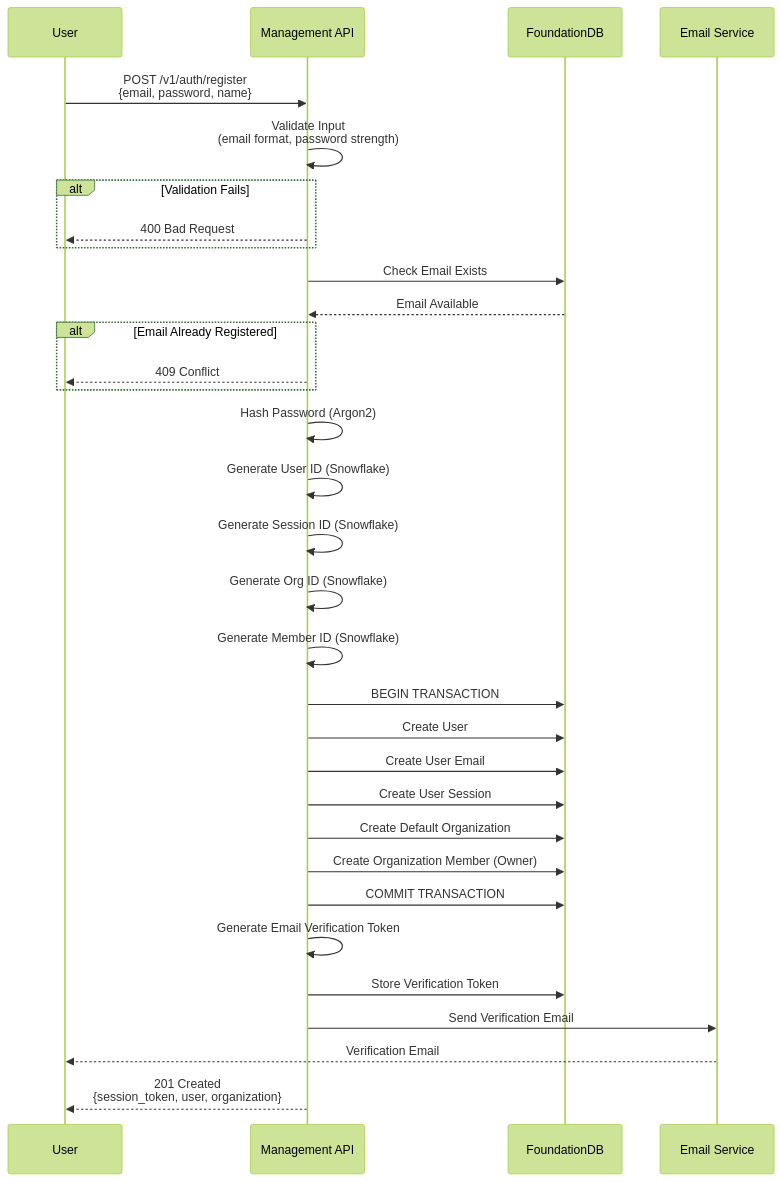
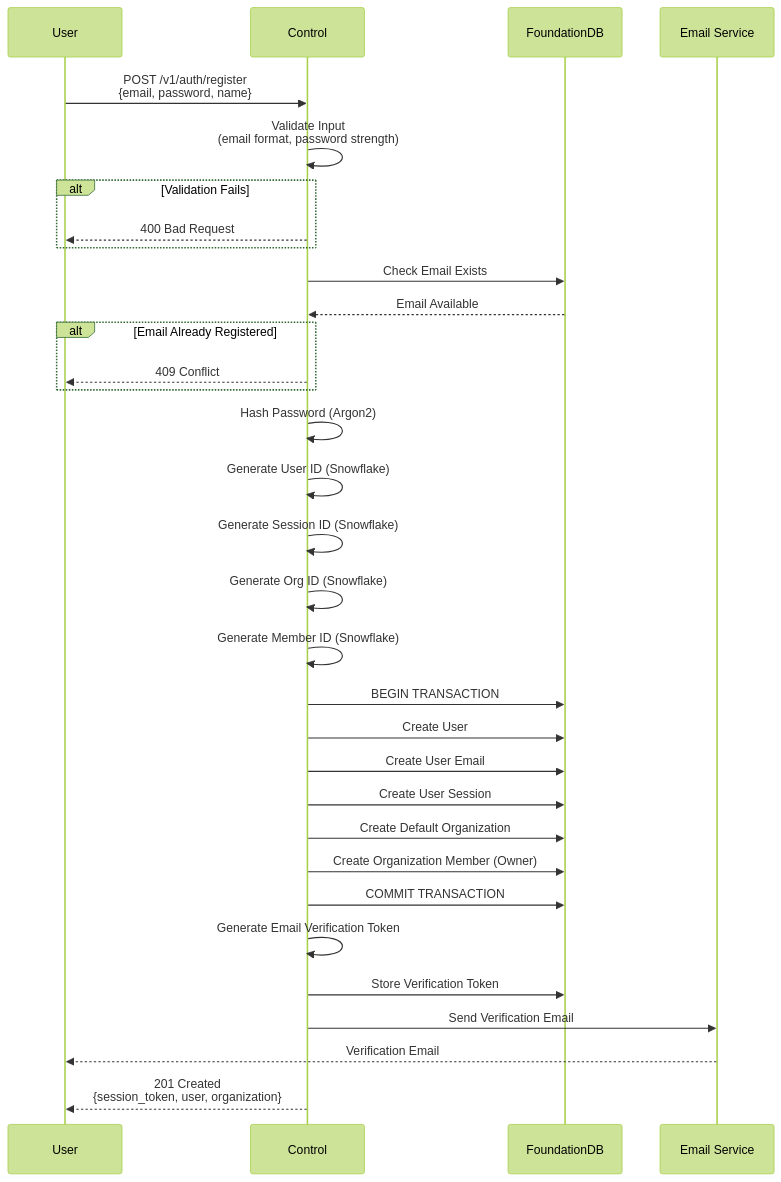
The first of 14 diagrams in docs/flows.md (inferadb/control), drawn with Mermaid (forest theme) before and after one commit. The commit also changed other lines of this file and 245 other files, not shown here.

````diff
--- a/docs/flows.md
+++ b/docs/flows.md
@@ -7,44 +7,44 @@
 ```mermaid
 sequenceDiagram
     participant User
-    participant API as Management API
+    participant API as Control
     participant DB as FoundationDB
     participant Email as Email Service
 
     User->>API: POST /v1/auth/register<br/>{email, password, name}
 
     API->>API: Validate Input<br/>(email format, password strength)
 
     alt Validation Fails
         API-->>User: 400 Bad Request
     end
 
     API->>DB: Check Email Exists
     DB-->>API: Email Available
 
     alt Email Already Registered
         API-->>User: 409 Conflict
     end
 
     API->>API: Hash Password (Argon2)
     API->>API: Generate User ID (Snowflake)
     API->>API: Generate Session ID (Snowflake)
     API->>API: Generate Org ID (Snowflake)
     API->>API: Generate Member ID (Snowflake)
 
     API->>DB: BEGIN TRANSACTION
     API->>DB: Create User
     API->>DB: Create User Email
     API->>DB: Create User Session
     API->>DB: Create Default Organization
     API->>DB: Create Organization Member (Owner)
     API->>DB: COMMIT TRANSACTION
 
     API->>API: Generate Email Verification Token
     API->>DB: Store Verification Token
 
     API->>Email: Send Verification Email
     Email-->>User: Verification Email
 
     API-->>User: 201 Created<br/>{session_token, user, organization}
 ```
````
